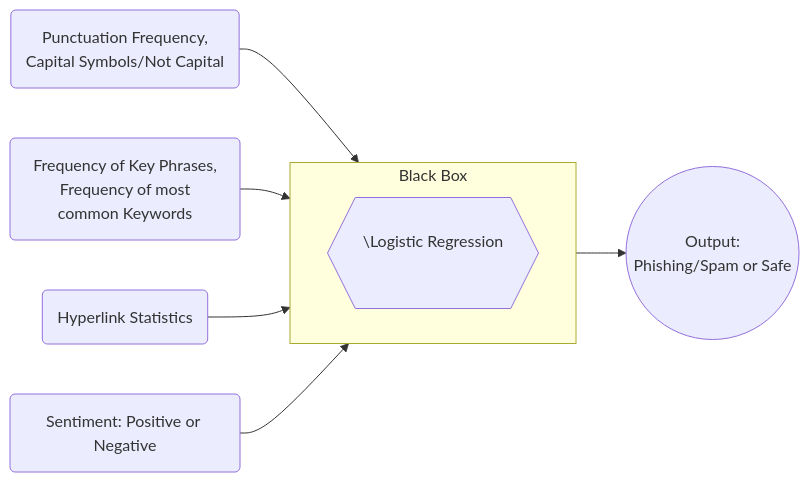
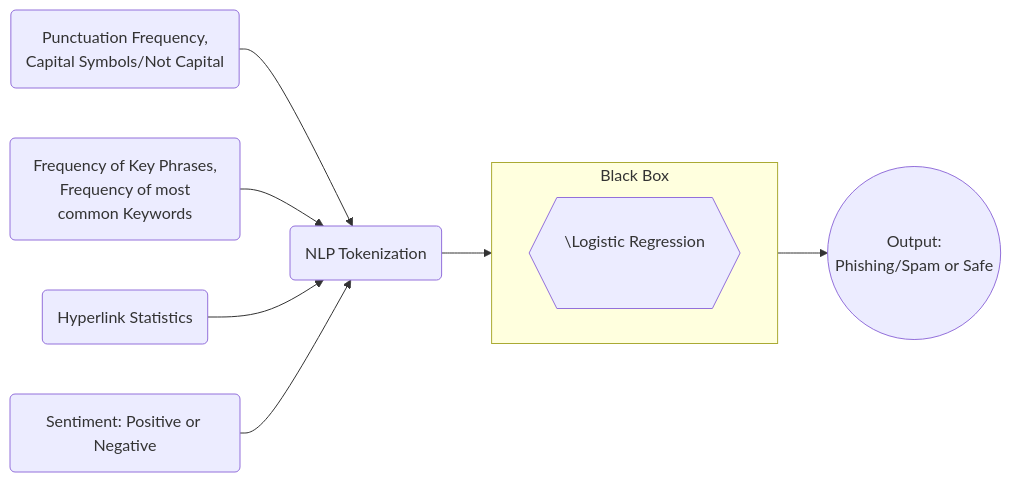
One commit to AutofillMe/CDS303 changed the diagram in blackBoxDiagram.md. Above: the diagram before and after it, drawn with Mermaid. The commit also changed other lines of this file, not shown here.

Commit message:
added NLP to blackbox diagram

````diff
--- a/blackBoxDiagram.md
+++ b/blackBoxDiagram.md
@@ -2,16 +3,18 @@
 ```mermaid
 flowchart LR
     id1(Punctuation Frequency,\nCapital Symbols/Not Capital)
     id2(Frequency of Key Phrases,\n Frequency of most common Keywords)
     id3(Hyperlink Statistics)
-    id5(Sentiment: Positive or Negative)
+    id4(Sentiment: Positive or Negative)
+    id5(NLP Tokenization)
     subgraph sb [Black Box]
         direction LR
-        id4{{\n\Logistic Regression\n\n\n}}        
+        id6{{\n\Logistic Regression\n\n\n}}
     end
-    id1 --> id4
-    id2 --> id4
-    id3 --> id4
-    id5 --> id4
-    id4 --> id8((Output:\n Phishing/Spam or Safe))
+    id1 --> id5
+    id2 --> id5
+    id3 --> id5
+    id4 --> id5
+    id5 --> id6
+    id6 --> id8((Output:\n Phishing/Spam or Safe))
 ```
````
